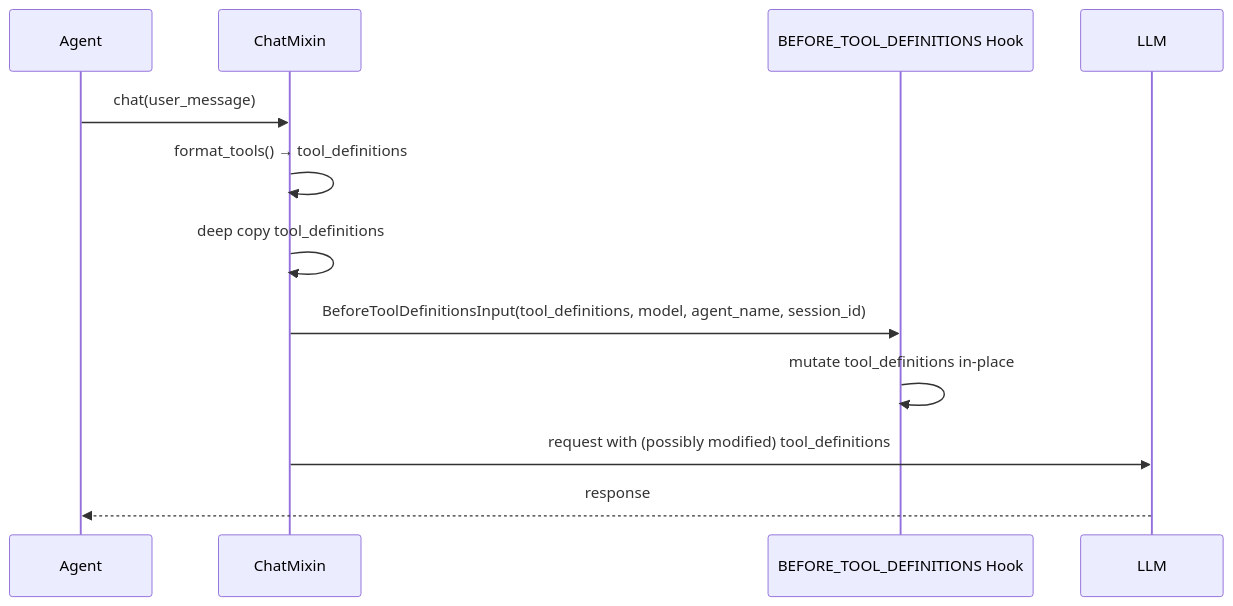
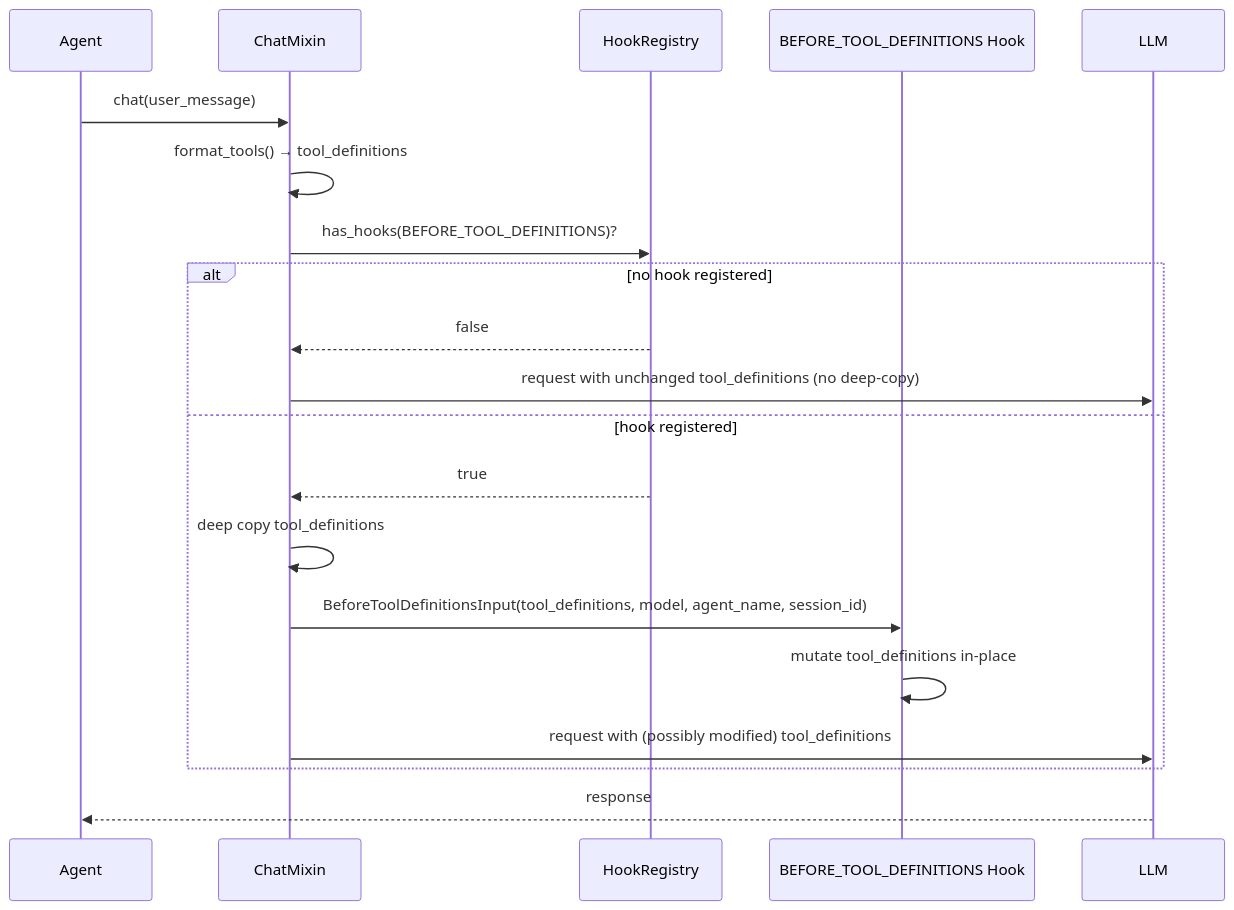
Before and after one commit to MervinPraison/PraisonAIDocs: the second of 2 diagrams in docs/features/hooks-before-tool-definitions.mdx, drawn with Mermaid. The commit also changed other lines of this file and 1 other file, not shown here.

Commit message:
docs: document BEFORE_TOOL_DEFINITIONS zero-overhead fast-path (fixes #2171)

````diff
--- a/docs/features/hooks-before-tool-definitions.mdx
+++ b/docs/features/hooks-before-tool-definitions.mdx
@@ -156,15 +156,23 @@
 ```mermaid
 sequenceDiagram
     participant Agent
     participant ChatMixin
+    participant Registry as HookRegistry
     participant Hook as BEFORE_TOOL_DEFINITIONS Hook
     participant LLM
 
     Agent->>ChatMixin: chat(user_message)
     ChatMixin->>ChatMixin: format_tools() → tool_definitions
-    ChatMixin->>ChatMixin: deep copy tool_definitions
-    ChatMixin->>Hook: BeforeToolDefinitionsInput(tool_definitions, model, agent_name, session_id)
-    Hook->>Hook: mutate tool_definitions in-place
-    ChatMixin->>LLM: request with (possibly modified) tool_definitions
+    ChatMixin->>Registry: has_hooks(BEFORE_TOOL_DEFINITIONS)?
+    alt no hook registered
+        Registry-->>ChatMixin: false
+        ChatMixin->>LLM: request with unchanged tool_definitions (no deep-copy)
+    else hook registered
+        Registry-->>ChatMixin: true
+        ChatMixin->>ChatMixin: deep copy tool_definitions
+        ChatMixin->>Hook: BeforeToolDefinitionsInput(tool_definitions, model, agent_name, session_id)
+        Hook->>Hook: mutate tool_definitions in-place
+        ChatMixin->>LLM: request with (possibly modified) tool_definitions
+    end
     LLM-->>Agent: response
 ```
````
